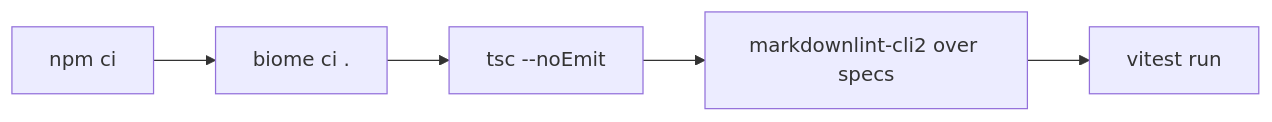
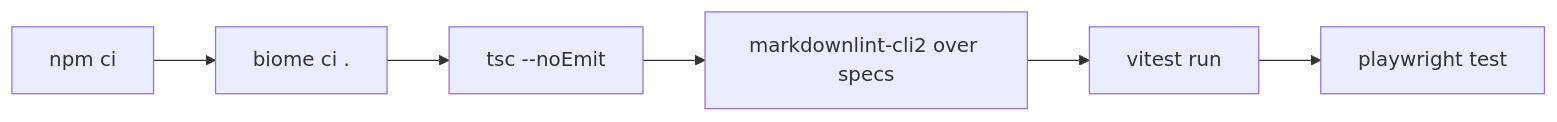
One commit to markkennethbadilla/stts changed the diagram in specs/011-tests-and-ci/spec.md. Above: the diagram before and after it, drawn with Mermaid. The commit also changed other lines of this file and 1 other file, not shown here.

Commit message:
Spec 011 now describes the Playwright e2e tests and CI workflow; README documents the gateway entry

````diff
--- a/specs/011-tests-and-ci/spec.md
+++ b/specs/011-tests-and-ci/spec.md
@@ -13,7 +13,8 @@
 ```mermaid
 flowchart LR
   A[npm ci] --> B[biome ci .]
   B --> C[tsc --noEmit]
   C --> D[markdownlint-cli2 over specs]
   D --> E[vitest run]
+  E --> F[playwright test]
 ```
````
